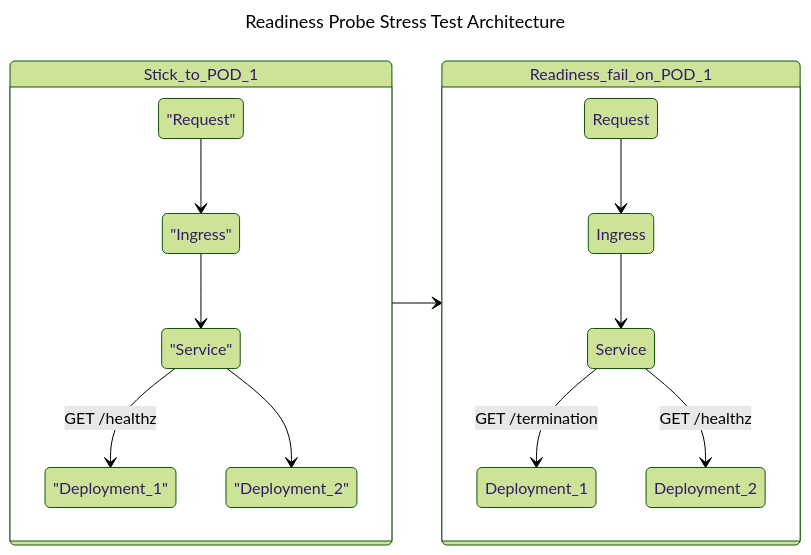
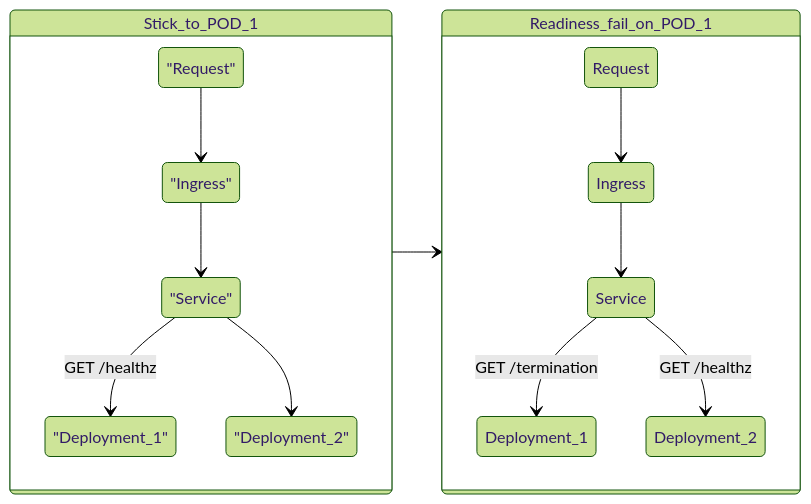
Before and after one commit to moraesjeremias/readiness-probe-app: the diagram in README.MD, drawn with Mermaid (forest theme).

Commit message:
master - Remove title for bugfix

````diff
--- a/README.MD
+++ b/README.MD
@@ -1,20 +1,17 @@
 ```mermaid
----
-title: Readiness Probe Stress Test Architecture
----
 stateDiagram-v2
     direction LR
     Stick_to_POD_1 --> Readiness_fail_on_POD_1
     state Stick_to_POD_1{
         "Request" --> "Ingress"
         "Ingress" --> "Service"
         "Service" --> "Deployment_1": GET /healthz
         "Service" --> "Deployment_2"
     }
     state Readiness_fail_on_POD_1{
         Request --> Ingress
         Ingress --> Service
         Service --> Deployment_1: GET /termination
         Service --> Deployment_2: GET /healthz
     }
 ```
````
